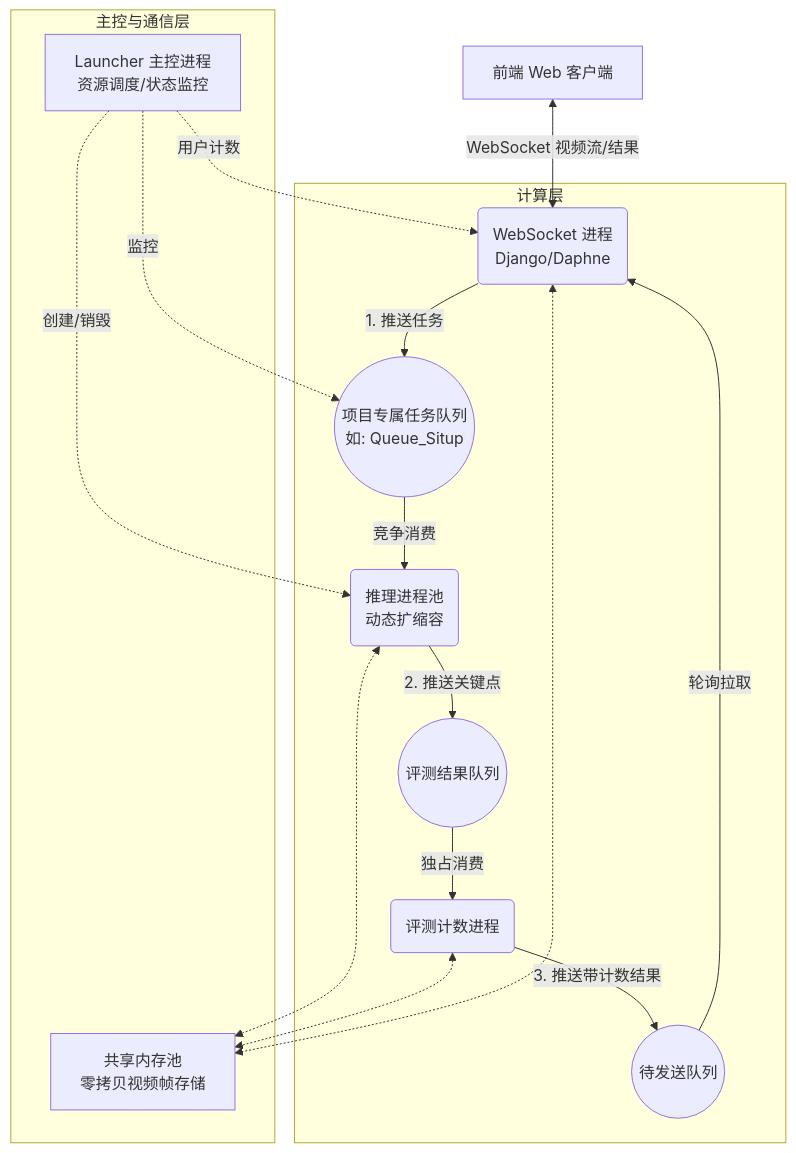
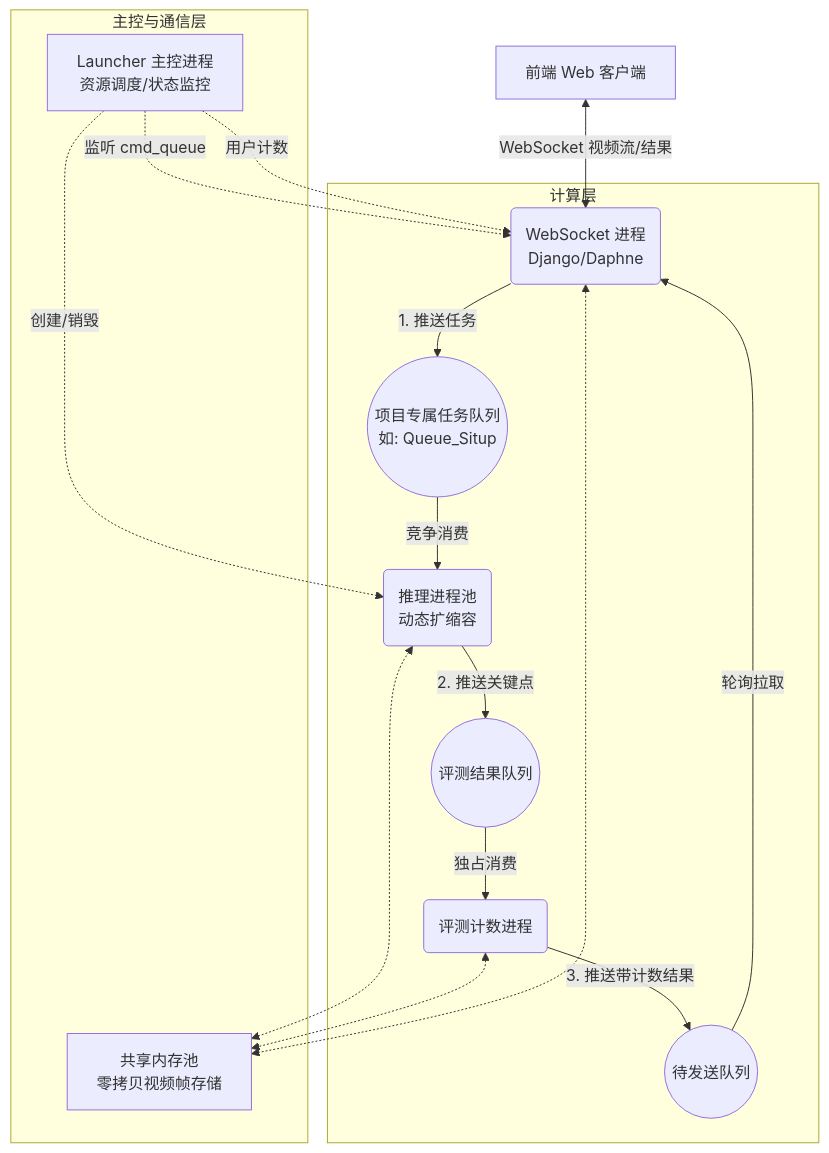
One commit to Macarion/sport-backend changed the diagram in README.md. Above: the diagram before and after it, drawn with Mermaid. The commit also changed other lines of this file and 6 other files, not shown here.

````diff
--- a/README.md
+++ b/README.md
@@ -24,26 +24,26 @@
 ```mermaid
 graph TD
     A[前端 Web 客户端] <-->|WebSocket 视频流/结果| B(WebSocket 进程<br>Django/Daphne)
     
     subgraph 主控与通信层
         L[Launcher 主控进程<br>资源调度/状态监控]
         S[共享内存池<br>零拷贝视频帧存储]
     end
 
     subgraph 计算层
         B -- 1. 推送任务 --> Q1((项目专属任务队列<br>如: Queue_Situp))
         Q1 -- 竞争消费 --> C(推理进程池<br>动态扩缩容)
         C -- 2. 推送关键点 --> Q2((评测结果队列))
         Q2 -- 独占消费 --> D(评测计数进程)
         D -- 3. 推送带计数结果 --> Q3((待发送队列))
         Q3 -- 轮询拉取 --> B
     end
 
     C <-.-> S
     D <-.-> S
     B <-.-> S
     
     L -. 创建/销毁 .-> C
-    L -. 监控 .-> Q1
+    L -. 监听 cmd_queue .-> B
     L -. 用户计数 .-> B
 ```
````
